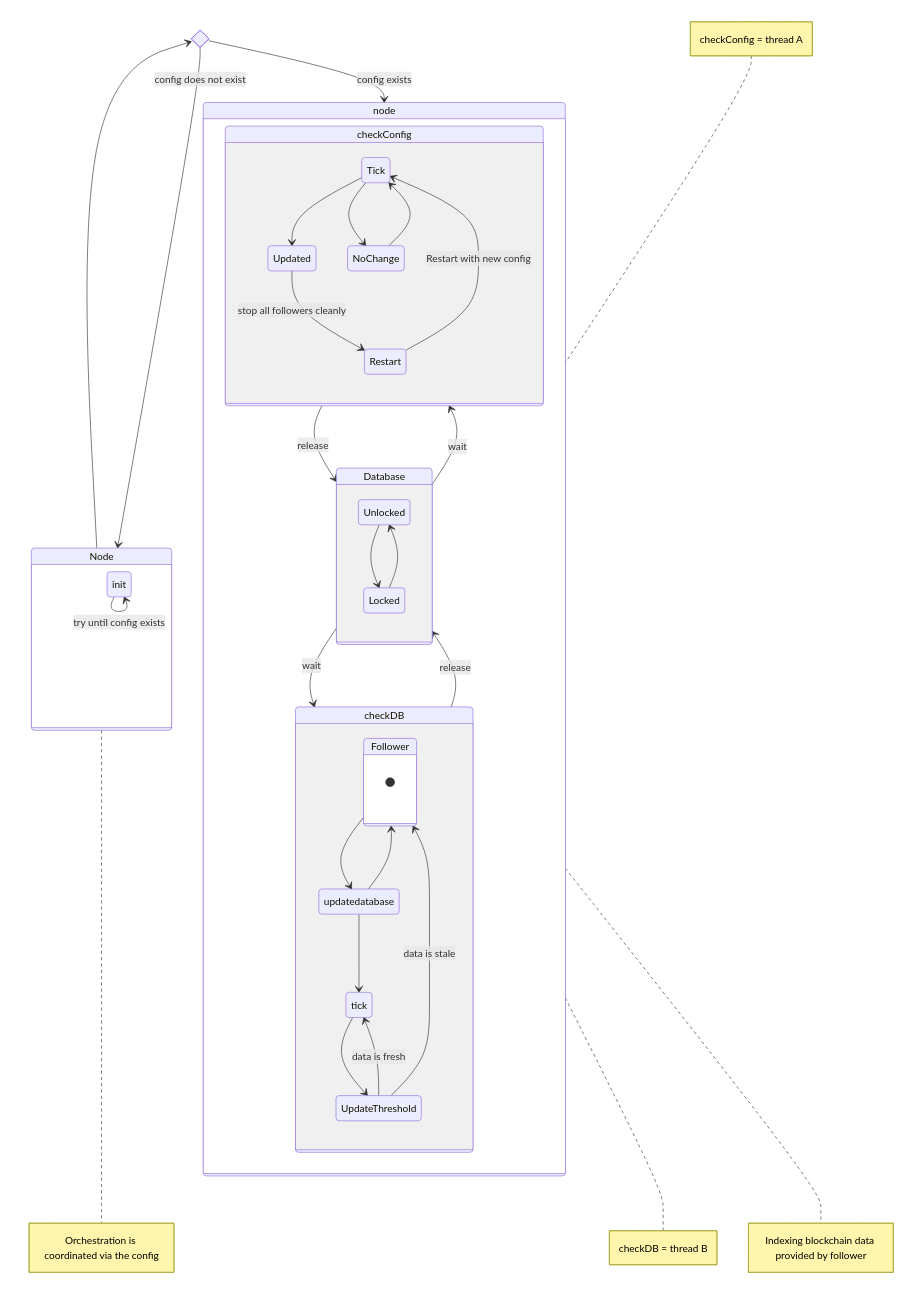
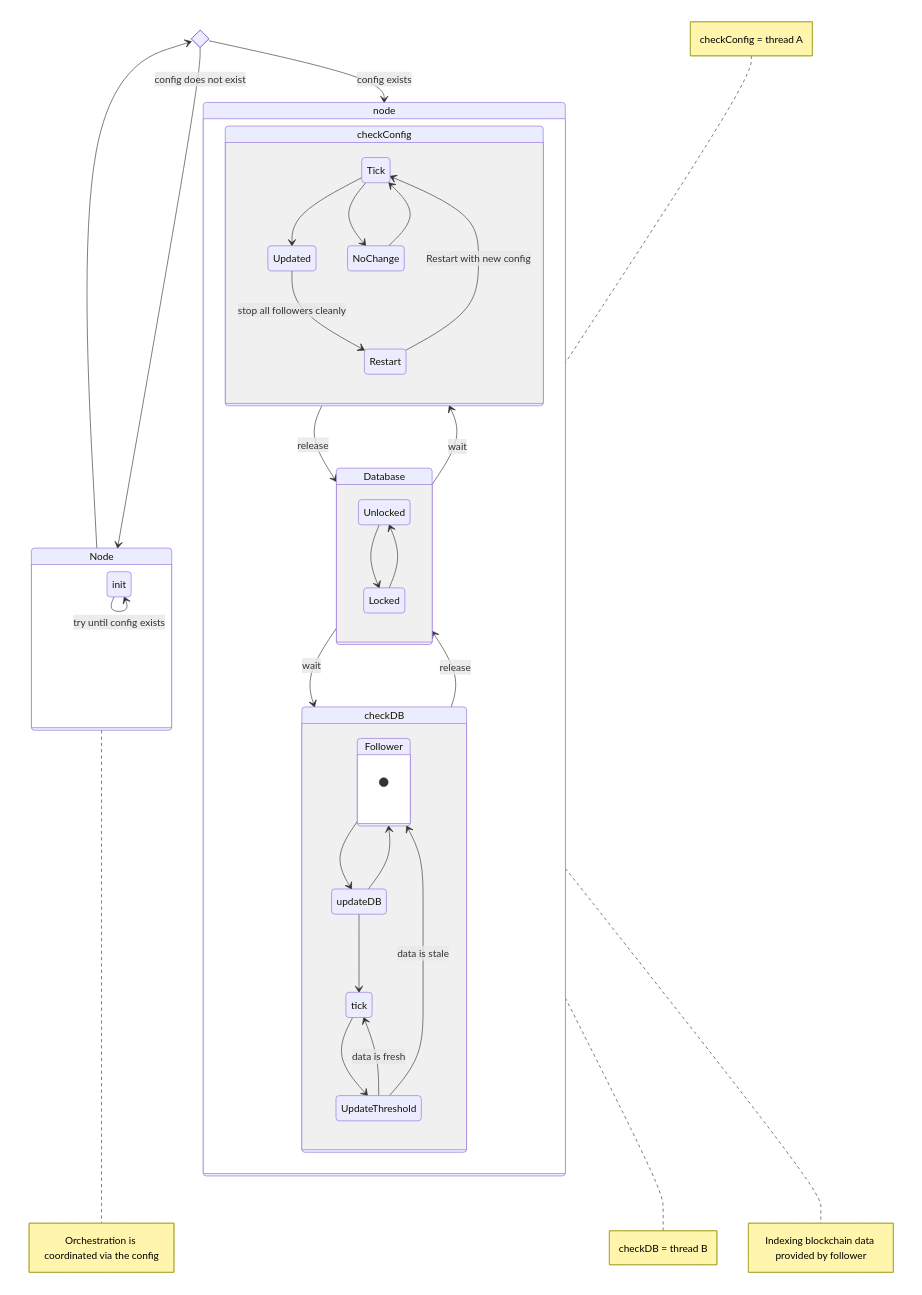
Before and after one commit to input-output-hk/catalyst-voices: the diagram in docs/src/architecture/08_concepts/gateway/mechanics.md, drawn with Mermaid.

Commit message:
ci lints

````diff
--- a/docs/src/architecture/08_concepts/gateway/mechanics.md
+++ b/docs/src/architecture/08_concepts/gateway/mechanics.md
@@ -7,63 +7,63 @@
 ```mermaid
   stateDiagram-v2
     state if_state <<choice>>
     Node -->if_state
     if_state --> node : config exists
     if_state --> Node: config does not exist
 
 
     note right of node
             Indexing blockchain data provided by follower
         end note
 
     
     note left of node
             checkConfig = thread A
         end note
 
     
     note right of node
             checkDB = thread B
         end note
 
     
     note right of Node
             Orchestration is coordinated via the config
         end note
 
     state Node {
         init --> init: try until config exists
     }
 
     state Follower {
         [*]
     }
 
     state node {
         checkConfig-->Database: release
         Database-->checkConfig: wait
 
         checkDB-->Database: release
         Database-->checkDB: wait
 
         State checkConfig{
             Tick --> Updated
             Tick --> NoChange: 
             Updated --> Restart: stop all followers cleanly
             Restart --> Tick: Restart with new config
             NoChange--> Tick
         }
         State checkDB{
             tick --> UpdateThreshold
             UpdateThreshold --> tick: data is fresh
             UpdateThreshold--> Follower: data is stale
-            updatedatabase --> tick
-            updatedatabase-->Follower
-            Follower -->updatedatabase
+            updateDB --> tick
+            updateDB-->Follower
+            Follower -->updateDB
         }
         state Database{
             Unlocked --> Locked
             Locked--> Unlocked
         }
     }
 ```
````
